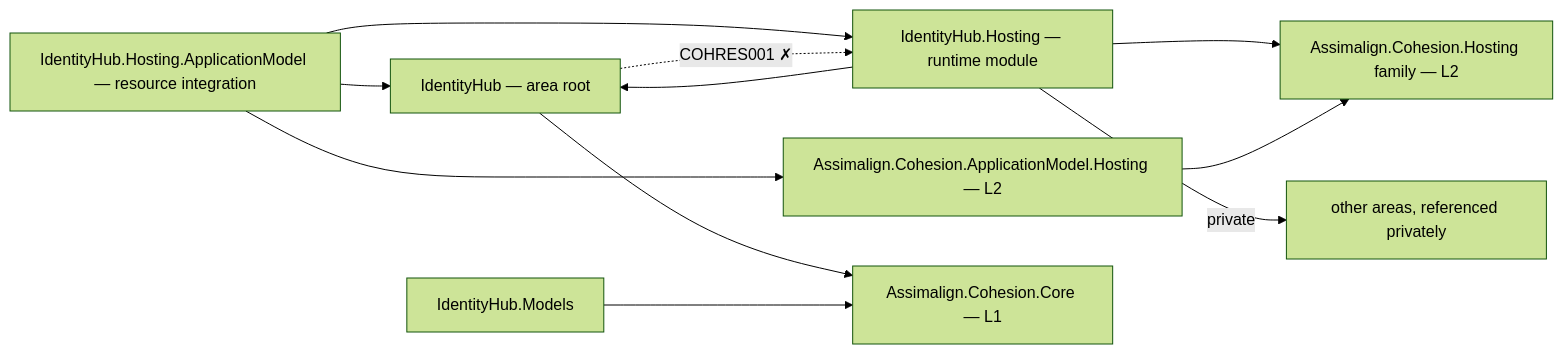
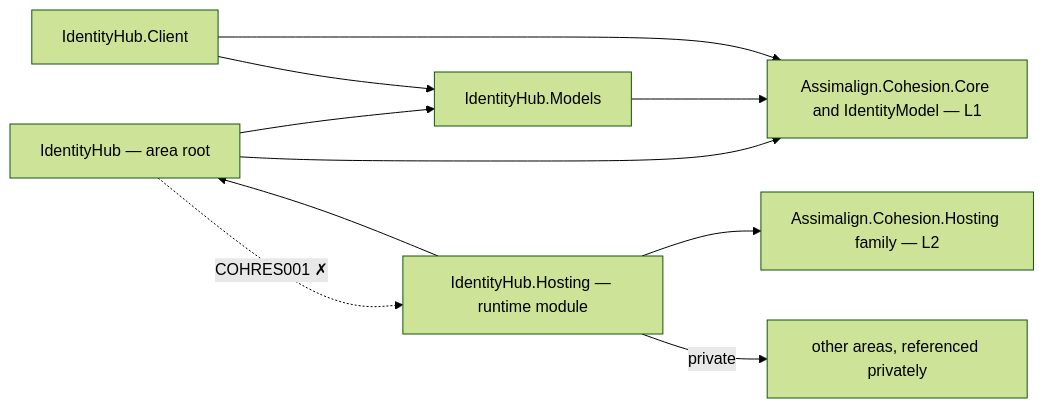
Before and after one commit to assimalign/cohesion: the diagram in resources/IdentityHub/README.md, drawn with Mermaid (forest theme). The commit also changed other lines of this file and 64 other files, not shown here.

````diff
--- a/resources/IdentityHub/README.md
+++ b/resources/IdentityHub/README.md
@@ -12,21 +16,19 @@
 ```mermaid
 flowchart LR
     P0["IdentityHub — area root"]
     P3["IdentityHub.Hosting — runtime module"]
-    PAM["IdentityHub.Hosting.ApplicationModel — resource integration"]
-    AMH["Assimalign.Cohesion.ApplicationModel.Hosting — L2"]
     P4["IdentityHub.Models"]
-    CORE["Assimalign.Cohesion.Core — L1"]
+    P5["IdentityHub.Client"]
+    L1["Assimalign.Cohesion.Core and IdentityModel — L1"]
     HOSTFAM["Assimalign.Cohesion.Hosting family — L2"]
     PRIV["other areas, referenced privately"]
-    P0 --> CORE
+    P0 --> P4
+    P0 --> L1
+    P4 --> L1
+    P5 --> P4
+    P5 --> L1
+    P3 --> P0
     P3 --> HOSTFAM
-    P3 --> P0
     P3 -->|"private"| PRIV
-    P4 --> CORE
-    PAM --> P3
-    PAM --> P0
-    PAM --> AMH
-    AMH --> HOSTFAM
     P0 -.->|"COHRES001 ✗"| P3
 ```
````
